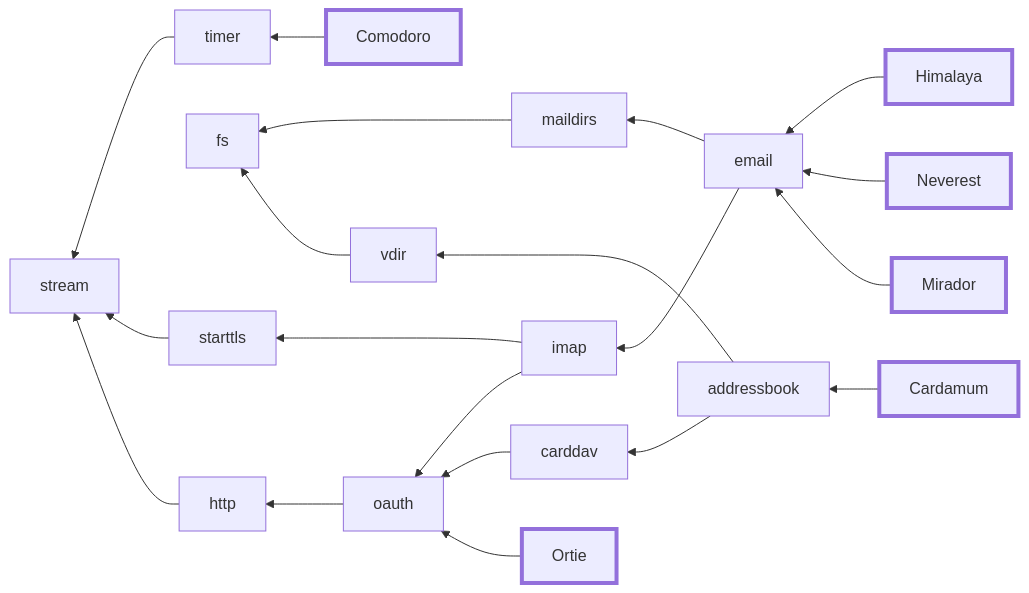
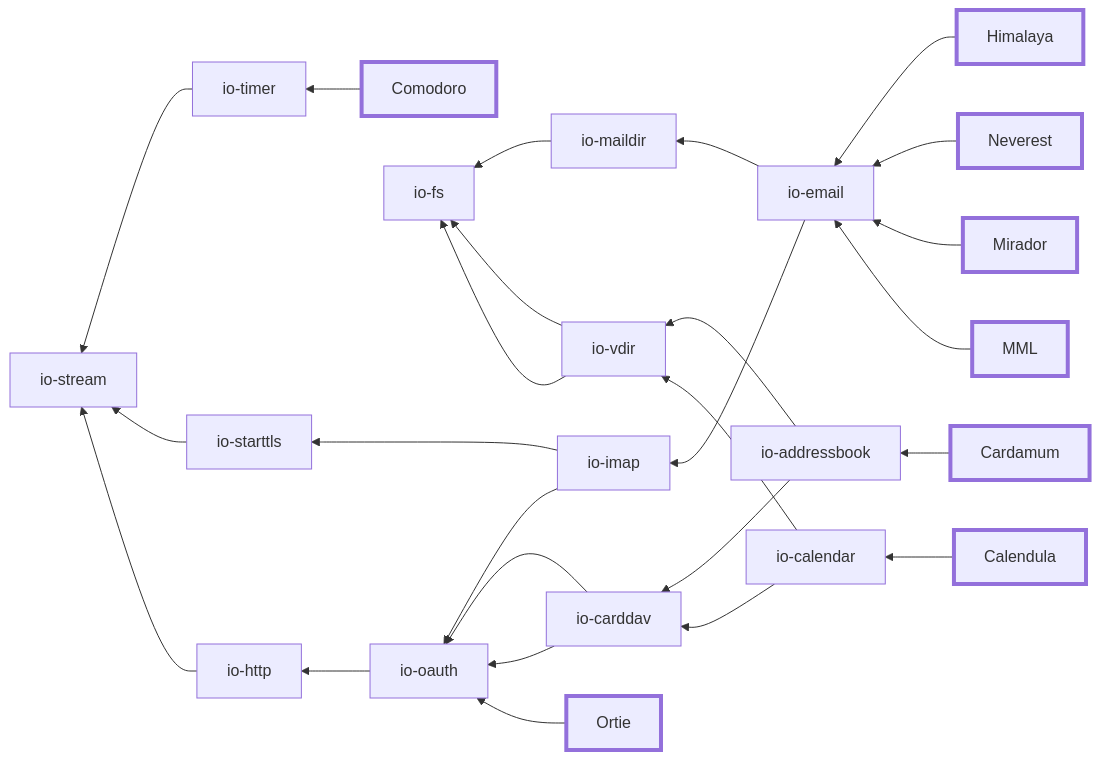
The diagram in profile/README.md (pimalaya/.github), drawn with Mermaid before and after one commit. The commit also changed other lines of this file, not shown here.

````diff
--- a/profile/README.md
+++ b/profile/README.md
@@ -10,42 +10,50 @@
 ```mermaid
 flowchart RL
-    Comodoro --> timer --> stream
+    Comodoro --> io-timer --> io-stream
 
-    Himalaya & Neverest & Mirador --> email
-    email --> maildirs ---> fs
-    email --> imap --> starttls --> stream
-    imap --> oauth
+    Himalaya & Neverest & Mirador & MML --> io-email
+    io-email --> io-maildir --> io-fs
+    io-email --> io-imap --> io-starttls --> io-stream
+    io-imap --> io-oauth
 
-    Cardamum --> addressbook
-    addressbook --> vdir --> fs
-    addressbook --> carddav --> oauth
+    Cardamum --> io-addressbook
+    io-addressbook --> io-vdir --> io-fs
+    io-addressbook --> io-carddav --> io-oauth
 
-    Ortie --> oauth --> http --> stream
+    Calendula --> io-calendar
+    io-calendar --> io-vdir --> io-fs
+    io-calendar --> io-carddav --> io-oauth
+
+    Ortie --> io-oauth --> io-http --> io-stream
 
     %% I/O-free libraries
 
-    click addressbook href "https://github.com/pimalaya/io-addressbook"
-    click fs href "https://github.com/pimalaya/io-fs"
-    click http href "https://github.com/pimalaya/io-http"
-    click oauth href "https://github.com/pimalaya/io-oauth"
-    click starttls href "https://github.com/pimalaya/io-starttls"
-    click stream href "https://github.com/pimalaya/io-stream"
-    click timer href "https://github.com/pimalaya/io-timer"
-    click vdir href "https://github.com/pimalaya/io-vdir"
+    click io-addressbook href "https://github.com/pimalaya/io-addressbook"
+    click io-fs href "https://github.com/pimalaya/io-fs"
+    click io-http href "https://github.com/pimalaya/io-http"
+    click io-oauth href "https://github.com/pimalaya/io-oauth"
+    click io-starttls href "https://github.com/pimalaya/io-starttls"
+    click io-stream href "https://github.com/pimalaya/io-stream"
+    click io-timer href "https://github.com/pimalaya/io-timer"
+    click io-vdir href "https://github.com/pimalaya/io-vdir"
 
     %% Interfaces
 
+    style Calendula stroke-width:4px
     style Cardamum stroke-width:4px
     style Comodoro stroke-width:4px
     style Himalaya stroke-width:4px
     style Mirador stroke-width:4px
+    style MML stroke-width:4px
     style Neverest stroke-width:4px
     style Ortie stroke-width:4px
 
+    click Calendula href "https://github.com/pimalaya/calendula"
     click Cardamum href "https://github.com/pimalaya/cardamum"
     click Comodoro href "https://github.com/pimalaya/comodoro"
     click Himalaya href "https://github.com/pimalaya/himalaya"
     click Mirador href "https://github.com/pimalaya/mirador"
+    click MML href "https://github.com/pimalaya/mml"
     click Neverest href "https://github.com/pimalaya/neverest"
     click Ortie href "https://github.com/pimalaya/ortie"
 ```
````
